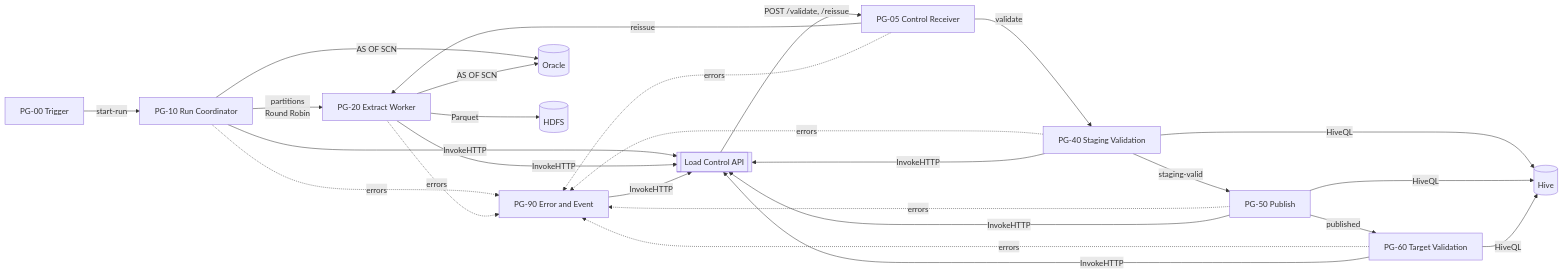
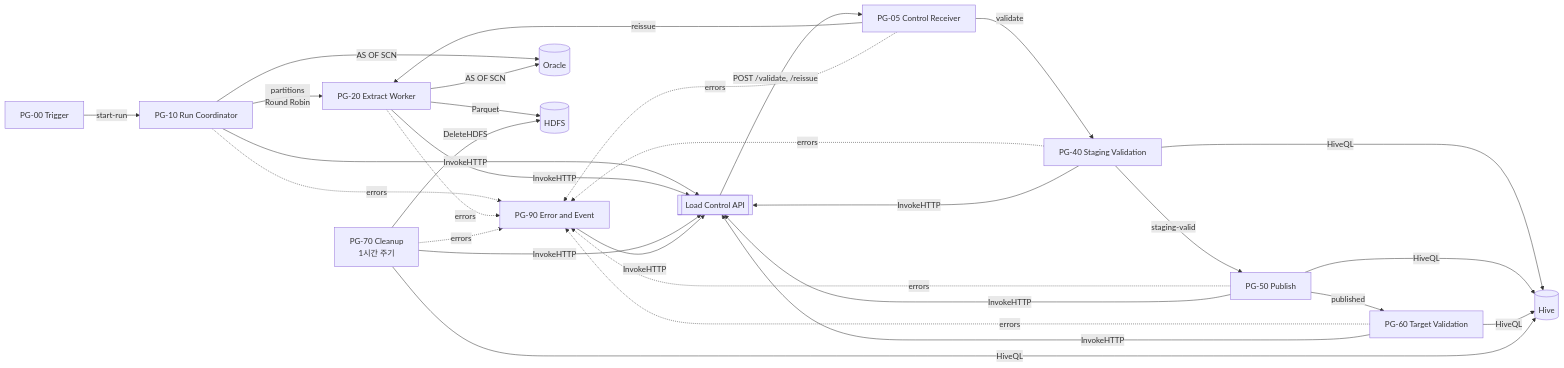
The diagram in poc/V4-MANUAL.md (DataDynamics/nifi-sqoop-removal), drawn with Mermaid before and after one commit. The commit also changed other lines of this file and 18 other files, not shown here.

Commit message:
PG-70 Cleanup: 보존 기간이 지난 staging table·run 경로 정리와 API 정리 엔드포인트

````diff
--- a/poc/V4-MANUAL.md
+++ b/poc/V4-MANUAL.md
@@ -9,15 +9,17 @@
 ```mermaid
 flowchart LR
     T[PG-00 Trigger] -->|start-run| C[PG-10 Run Coordinator]
     C -->|partitions<br/>Round Robin| W[PG-20 Extract Worker]
     R[PG-05 Control Receiver] -->|validate| S[PG-40 Staging Validation]
     S -->|staging-valid| P[PG-50 Publish]
     P -->|published| V[PG-60 Target Validation]
     R -->|reissue| W
-    C & W & S & R & P & V -.->|errors| E[PG-90 Error and Event]
-    C & W & S & P & V & E -->|InvokeHTTP| API[[Load Control API]]
+    CL[PG-70 Cleanup<br/>1시간 주기]
+    C & W & S & R & P & V & CL -.->|errors| E[PG-90 Error and Event]
+    C & W & S & P & V & CL & E -->|InvokeHTTP| API[[Load Control API]]
     API -->|POST /validate, /reissue| R
     C & W -->|AS OF SCN| O[(Oracle)]
     W -->|Parquet| H[(HDFS)]
-    S & P & V -->|HiveQL| HV[(Hive)]
+    S & P & V & CL -->|HiveQL| HV[(Hive)]
+    CL -->|DeleteHDFS| H
 ```
````
